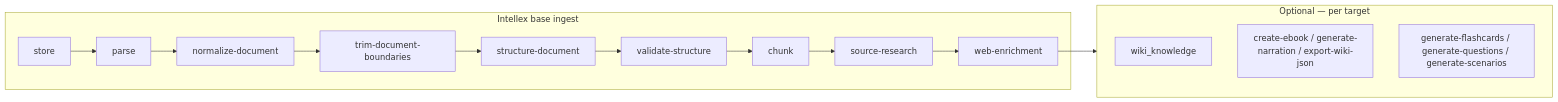
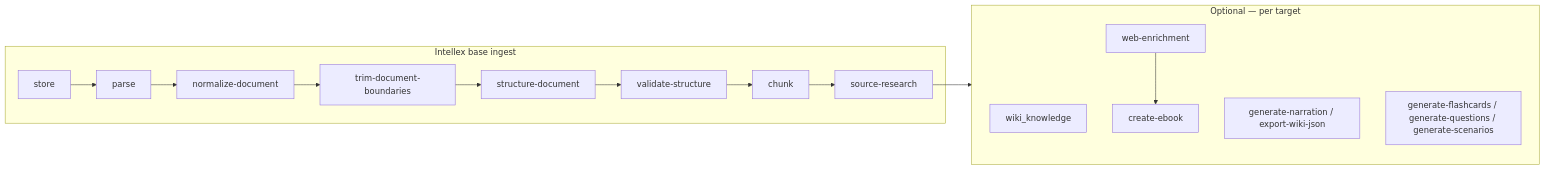
The fourth of 6 diagrams in README.md (lucas-spitzer/arsenal), drawn with Mermaid before and after one commit. The commit also changed other lines of this file and 73 other files, not shown here.

````diff
--- a/README.md
+++ b/README.md
@@ -135,15 +135,16 @@
 ```mermaid
 flowchart LR
     subgraph base["Intellex base ingest"]
-        S1[store] --> S2[parse] --> S3[normalize-document] --> S4[trim-document-boundaries] --> S5[structure-document] --> S6[validate-structure] --> S7[chunk] --> S8[source-research] --> S9[web-enrichment]
+        S1[store] --> S2[parse] --> S3[normalize-document] --> S4[trim-document-boundaries] --> S5[structure-document] --> S6[validate-structure] --> S7[chunk] --> S8[source-research]
     end
 
     subgraph optional["Optional — per target"]
         direction TB
         W1[wiki_knowledge]
-        M1[create-ebook / generate-narration / export-wiki-json]
+        WEB[web-enrichment] --> EBOOK[create-ebook]
+        M1[generate-narration / export-wiki-json]
         Q1[generate-flashcards / generate-questions / generate-scenarios]
     end
 
-    S9 --> optional
+    S8 --> optional
 ```
````
